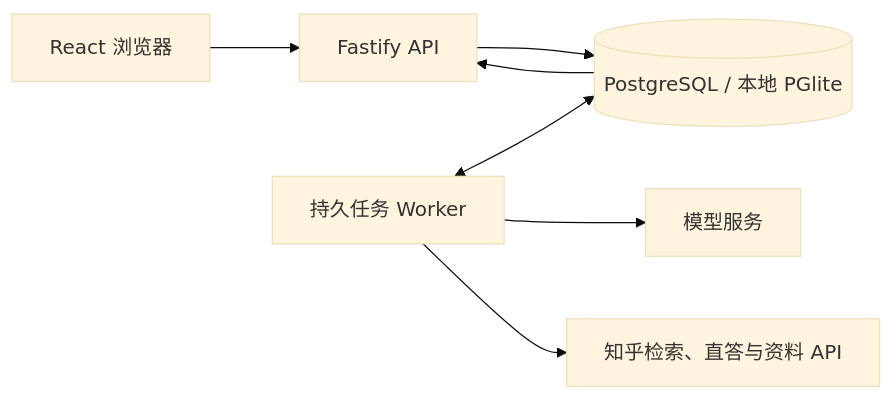
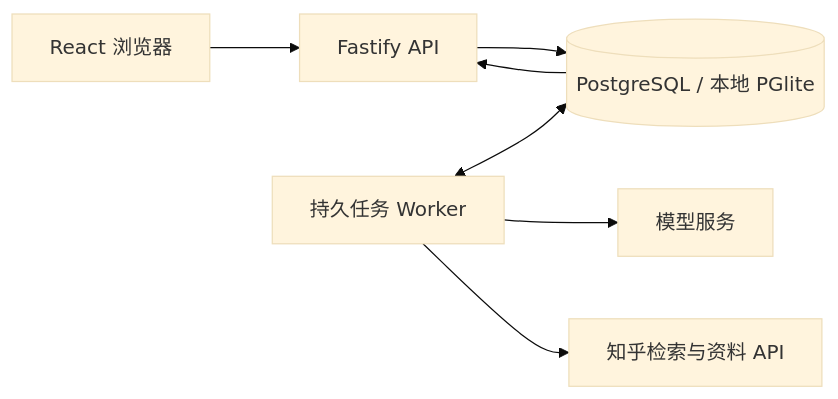
One commit to XianMing-Wu/threadpeak changed the diagram in docs/engineering.md. Above: the diagram before and after it, drawn with Mermaid (base theme). The commit also changed other lines of this file and 212 other files, not shown here.

````diff
--- a/docs/engineering.md
+++ b/docs/engineering.md
@@ -7,9 +7,9 @@
 ```mermaid
 flowchart LR
   Browser[React 浏览器] --> API[Fastify API]
   API --> DB[(PostgreSQL / 本地 PGlite)]
   Worker[持久任务 Worker] <--> DB
   Worker --> Model[模型服务]
-  Worker --> Zhihu[知乎检索、直答与资料 API]
+  Worker --> Zhihu[知乎检索与资料 API]
   DB --> API
 ```
````
